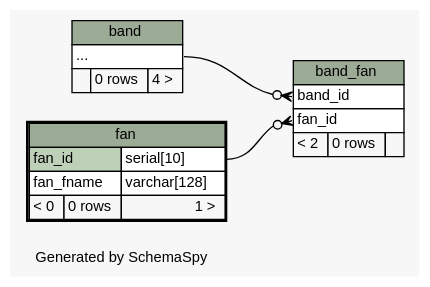
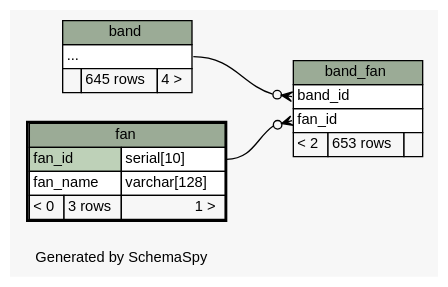
One commit to biodavidjm/garbage-code changed the diagram in database/see_djmusic/diagrams/fan.2degrees.dot. Above: the diagram before and after it, drawn with Graphviz. The commit also changed 155 other files, not shown here.

First line of the commit message:
New Schema View of the last djmusic version

```diff
--- a/database/see_djmusic/diagrams/fan.2degrees.dot
+++ b/database/see_djmusic/diagrams/fan.2degrees.dot
@@ -1,56 +1,56 @@
-// dot 2.38.0 on Mac OS X 10.9.3
+// dot 2.38.0 on Mac OS X 10.9.4
 // SchemaSpy rev 590
 digraph "twoDegreesRelationshipsDiagram" {
   graph [
     rankdir="RL"
     bgcolor="#f7f7f7"
     label="\nGenerated by SchemaSpy"
     labeljust="l"
     nodesep="0.18"
     ranksep="0.46"
     fontname="Helvetica"
     fontsize="11"
   ];
   node [
     fontname="Helvetica"
     fontsize="11"
     shape="plaintext"
   ];
   edge [
     arrowsize="0.8"
   ];
   "band_fan":"band_id":w -> "band":"elipses":e [arrowhead=none dir=back arrowtail=crowodot];
   "band_fan":"fan_id":w -> "fan":"fan_id.type":e [arrowhead=none dir=back arrowtail=crowodot];
   "band" [
     label=<
     <TABLE BORDER="0" CELLBORDER="1" CELLSPACING="0" BGCOLOR="#ffffff">
       <TR><TD COLSPAN="3" BGCOLOR="#9bab96" ALIGN="CENTER">band</TD></TR>
       <TR><TD PORT="elipses" COLSPAN="3" ALIGN="LEFT">...</TD></TR>
-      <TR><TD ALIGN="LEFT" BGCOLOR="#f7f7f7">  </TD><TD ALIGN="RIGHT" BGCOLOR="#f7f7f7">0 rows</TD><TD ALIGN="RIGHT" BGCOLOR="#f7f7f7">4 &gt;</TD></TR>
+      <TR><TD ALIGN="LEFT" BGCOLOR="#f7f7f7">  </TD><TD ALIGN="RIGHT" BGCOLOR="#f7f7f7">645 rows</TD><TD ALIGN="RIGHT" BGCOLOR="#f7f7f7">4 &gt;</TD></TR>
     </TABLE>>
     URL="band.html"
     tooltip="band"
   ];
   "band_fan" [
     label=<
     <TABLE BORDER="0" CELLBORDER="1" CELLSPACING="0" BGCOLOR="#ffffff">
       <TR><TD COLSPAN="3" BGCOLOR="#9bab96" ALIGN="CENTER">band_fan</TD></TR>
       <TR><TD PORT="band_id" COLSPAN="3" ALIGN="LEFT">band_id</TD></TR>
       <TR><TD PORT="fan_id" COLSPAN="3" ALIGN="LEFT">fan_id</TD></TR>
-      <TR><TD ALIGN="LEFT" BGCOLOR="#f7f7f7">&lt; 2</TD><TD ALIGN="RIGHT" BGCOLOR="#f7f7f7">0 rows</TD><TD ALIGN="RIGHT" BGCOLOR="#f7f7f7">  </TD></TR>
+      <TR><TD ALIGN="LEFT" BGCOLOR="#f7f7f7">&lt; 2</TD><TD ALIGN="RIGHT" BGCOLOR="#f7f7f7">653 rows</TD><TD ALIGN="RIGHT" BGCOLOR="#f7f7f7">  </TD></TR>
     </TABLE>>
     URL="band_fan.html"
     tooltip="band_fan"
   ];
   "fan" [
     label=<
     <TABLE BORDER="2" CELLBORDER="1" CELLSPACING="0" BGCOLOR="#ffffff">
       <TR><TD COLSPAN="3" BGCOLOR="#9bab96" ALIGN="CENTER">fan</TD></TR>
       <TR><TD PORT="fan_id" COLSPAN="2" BGCOLOR="#bed1b8" ALIGN="LEFT">fan_id</TD><TD PORT="fan_id.type" ALIGN="LEFT">serial[10]</TD></TR>
-      <TR><TD PORT="fan_fname" COLSPAN="2" ALIGN="LEFT">fan_fname</TD><TD PORT="fan_fname.type" ALIGN="LEFT">varchar[128]</TD></TR>
-      <TR><TD ALIGN="LEFT" BGCOLOR="#f7f7f7">&lt; 0</TD><TD ALIGN="RIGHT" BGCOLOR="#f7f7f7">0 rows</TD><TD ALIGN="RIGHT" BGCOLOR="#f7f7f7">1 &gt;</TD></TR>
+      <TR><TD PORT="fan_name" COLSPAN="2" ALIGN="LEFT">fan_name</TD><TD PORT="fan_name.type" ALIGN="LEFT">varchar[128]</TD></TR>
+      <TR><TD ALIGN="LEFT" BGCOLOR="#f7f7f7">&lt; 0</TD><TD ALIGN="RIGHT" BGCOLOR="#f7f7f7">3 rows</TD><TD ALIGN="RIGHT" BGCOLOR="#f7f7f7">1 &gt;</TD></TR>
     </TABLE>>
     URL="fan.html"
     tooltip="fan"
   ];
 }
```
